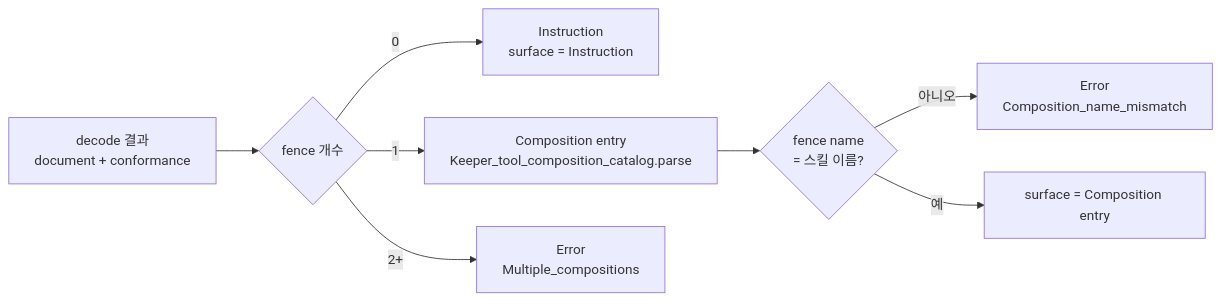
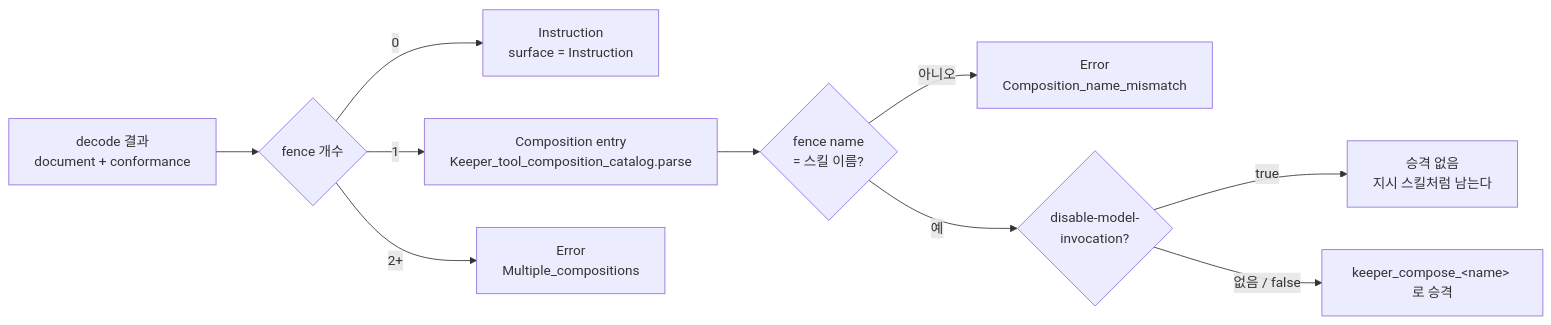
Before and after one commit to jeong-sik/masc: the second of 4 diagrams in docs/SKILLS-FLOW.md, drawn with Mermaid. The commit also changed other lines of this file and 4 other files, not shown here.

````diff
--- a/docs/SKILLS-FLOW.md
+++ b/docs/SKILLS-FLOW.md
@@ -55,10 +55,12 @@
 ```mermaid
 flowchart LR
   D["decode 결과<br/>document + conformance"] --> Q{"fence 개수"}
   Q -->|"0"| INS["Instruction<br/>surface = Instruction"]
   Q -->|"1"| COM["Composition entry<br/>Keeper_tool_composition_catalog.parse"]
   Q -->|"2+"| ERR2["Error<br/>Multiple_compositions"]
   COM --> NM{"fence name<br/>= 스킬 이름?"}
   NM -->|"아니오"| ERR3["Error<br/>Composition_name_mismatch"]
-  NM -->|"예"| OK["surface = Composition entry"]
+  NM -->|"예"| MI{"disable-model-<br/>invocation?"}
+  MI -->|"true"| HID["승격 없음<br/>지시 스킬처럼 남는다"]
+  MI -->|"없음 / false"| OK["keeper_compose_&lt;name&gt; 로 승격"]
 ```
````
